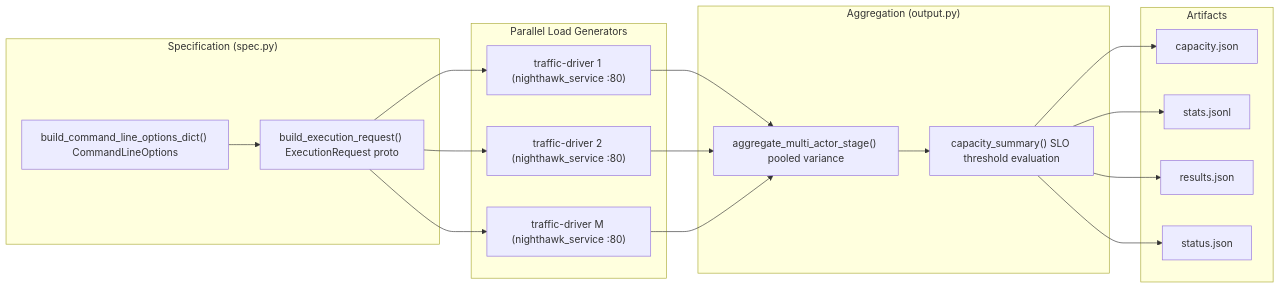
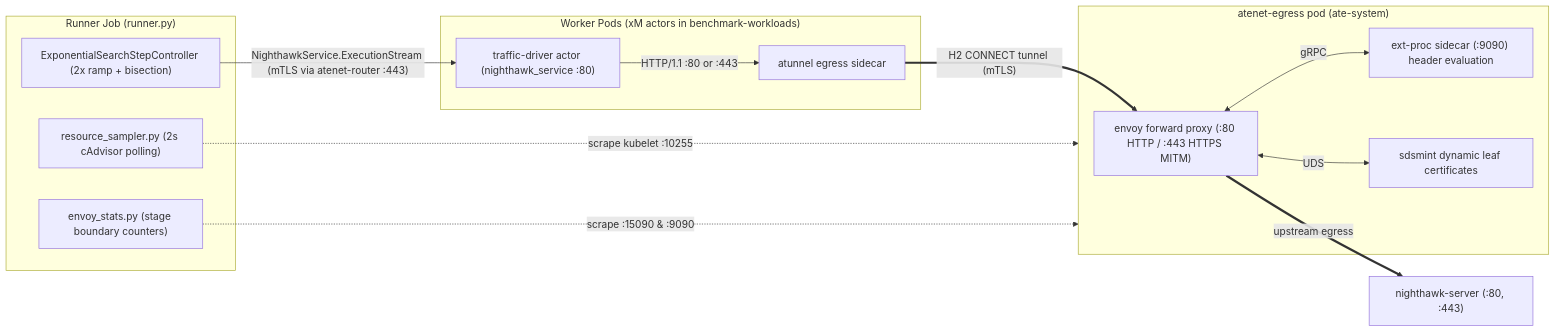
Before and after one commit to ygao-g/substrate: the first of 3 diagrams in benchmarking/nighthawk-egress/README.md, drawn with Mermaid. The commit also changed other lines of this file and 6 other files, not shown here.

First line of the commit message:
benchmarking/nighthawk-egress: add run-dev.sh, manifests, and runner docs

````diff
--- a/benchmarking/nighthawk-egress/README.md
+++ b/benchmarking/nighthawk-egress/README.md
@@ -52,38 +28,30 @@
 ```mermaid
 flowchart LR
-    subgraph spec["Specification (spec.py)"]
-        opts["build_command_line_options_dict() CommandLineOptions"]
-        req["build_execution_request() ExecutionRequest proto"]
-        opts --> req
+    subgraph runner["Runner Job (runner.py)"]
+        ctrl["ExponentialSearchStepController (2x ramp + bisection)"]
+        sampler["resource_sampler.py (2s cAdvisor polling)"]
+        estats["envoy_stats.py (stage boundary counters)"]
     end
 
-    subgraph actors["Parallel Load Generators"]
-        actor1["traffic-driver 1 (nighthawk_service :80)"]
-        actor2["traffic-driver 2 (nighthawk_service :80)"]
-        actorM["traffic-driver M (nighthawk_service :80)"]
+    subgraph workers["Worker Pods (xM actors in benchmark-workloads)"]
+        actor["traffic-driver actor (nighthawk_service :80)"]
+        atunnel["atunnel egress sidecar"]
+        actor -->|"HTTP/1.1 :80 or :443"| atunnel
     end
 
-    subgraph output["Aggregation (output.py)"]
-        pool["aggregate_multi_actor_stage() pooled variance"]
-        summary["capacity_summary() SLO threshold evaluation"]
-        pool --> summary
+    subgraph gateway["atenet-egress pod (ate-system)"]
+        envoy["envoy forward proxy (:80 HTTP / :443 HTTPS MITM)"]
+        extproc["ext-proc sidecar (:9090) header evaluation"]
+        sdsmint["sdsmint dynamic leaf certificates"]
+        envoy <-->|"gRPC"| extproc
+        envoy <-->|"UDS"| sdsmint
     end
 
-    subgraph artifacts["Artifacts"]
-        cap["capacity.json"]
-        stats["stats.jsonl"]
-        res["results.json"]
-        status["status.json"]
-    end
+    target["nighthawk-server (:80, :443)"]
 
-    req --> actor1
-    req --> actor2
-    req --> actorM
-    actor1 --> pool
-    actor2 --> pool
-    actorM --> pool
-    summary --> cap
-    summary --> stats
-    summary --> res
-    summary --> status
+    ctrl -->|"NighthawkService.ExecutionStream (mTLS via atenet-router :443)"| actor
+    atunnel ==>|"H2 CONNECT tunnel (mTLS)"| envoy
+    envoy ==>|"upstream egress"| target
+    sampler -.->|"scrape kubelet :10255"| gateway
+    estats -.->|"scrape :15090 & :9090"| gateway
 ```
````
